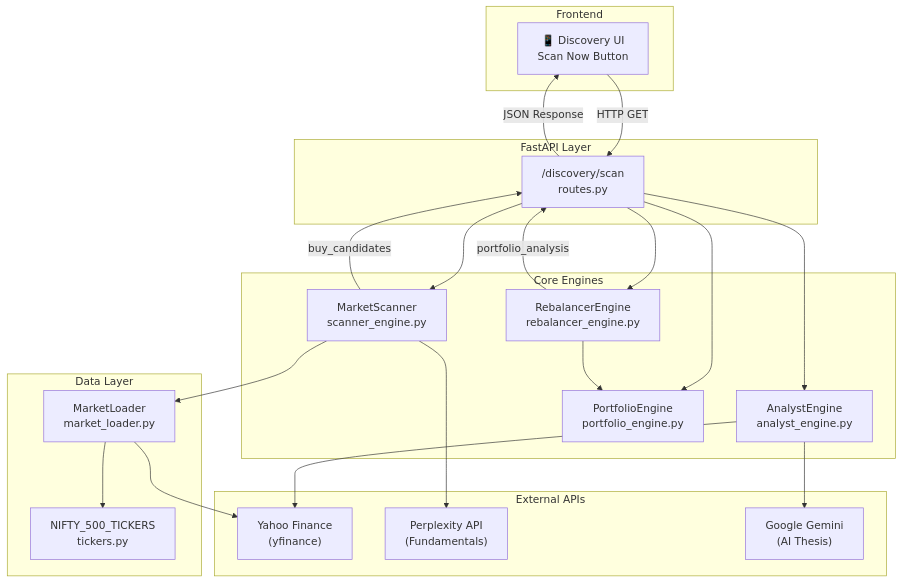
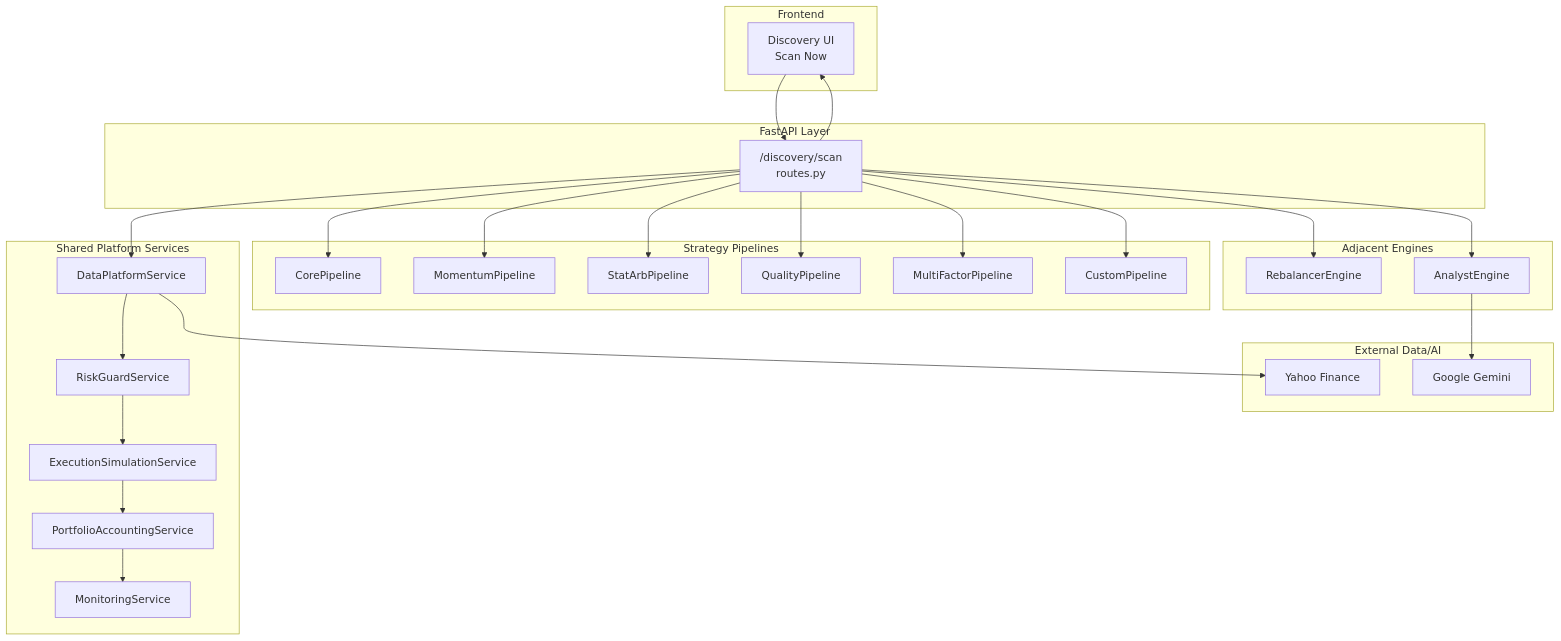
One commit to AbhishekR2030/AIfullstackmanager changed the first of 2 diagrams in docs/discovery_architecture.md. Above: the diagram before and after it, drawn with Mermaid. The commit also changed other lines of this file and 31 other files, not shown here.

Commit message:
Add hybrid discovery engine and Zerodha iOS integration

````diff
--- a/docs/discovery_architecture.md
+++ b/docs/discovery_architecture.md
@@ -9,47 +11,51 @@
 ```mermaid
 flowchart TB
     subgraph Frontend
-        A["📱 Discovery UI<br/>Scan Now Button"]
+        A["Discovery UI<br/>Scan Now"]
     end
-    
+
     subgraph API["FastAPI Layer"]
         B["/discovery/scan<br/>routes.py"]
     end
-    
-    subgraph Engines["Core Engines"]
-        C["MarketScanner<br/>scanner_engine.py"]
-        D["RebalancerEngine<br/>rebalancer_engine.py"]
-        E["AnalystEngine<br/>analyst_engine.py"]
-        F["PortfolioEngine<br/>portfolio_engine.py"]
+
+    subgraph Shared["Shared Platform Services"]
+        C["DataPlatformService"]
+        D["RiskGuardService"]
+        E["ExecutionSimulationService"]
+        F["PortfolioAccountingService"]
+        G["MonitoringService"]
     end
-    
-    subgraph DataLayer["Data Layer"]
-        G["MarketLoader<br/>market_loader.py"]
-        H["NIFTY_500_TICKERS<br/>tickers.py"]
+
+    subgraph Strategies["Strategy Pipelines"]
+        H["CorePipeline"]
+        I["MomentumPipeline"]
+        J["StatArbPipeline"]
+        K["QualityPipeline"]
+        L["MultiFactorPipeline"]
+        M["CustomPipeline"]
     end
-    
-    subgraph External["External APIs"]
-        I["Yahoo Finance<br/>(yfinance)"]
-        J["Perplexity API<br/>(Fundamentals)"]
-        K["Google Gemini<br/>(AI Thesis)"]
+
+    subgraph Adjacent["Adjacent Engines"]
+        N["RebalancerEngine"]
+        O["AnalystEngine"]
     end
-    
-    A -->|HTTP GET| B
-    B --> C
-    B --> D
-    B --> E
-    B --> F
-    
-    C --> G
-    G --> H
-    G --> I
-    C --> J
-    
-    D --> F
-    E --> K
-    E --> I
-    
-    C -->|"buy_candidates"| B
-    D -->|"portfolio_analysis"| B
-    B -->|JSON Response| A
+
+    subgraph External["External Data/AI"]
+        P["Yahoo Finance"]
+        Q["Google Gemini"]
+    end
+
+    A --> B
+    B --> C --> D --> E --> F --> G
+    B --> H
+    B --> I
+    B --> J
+    B --> K
+    B --> L
+    B --> M
+    C --> P
+    O --> Q
+    B --> N
+    B --> O
+    B --> A
 ```
````
